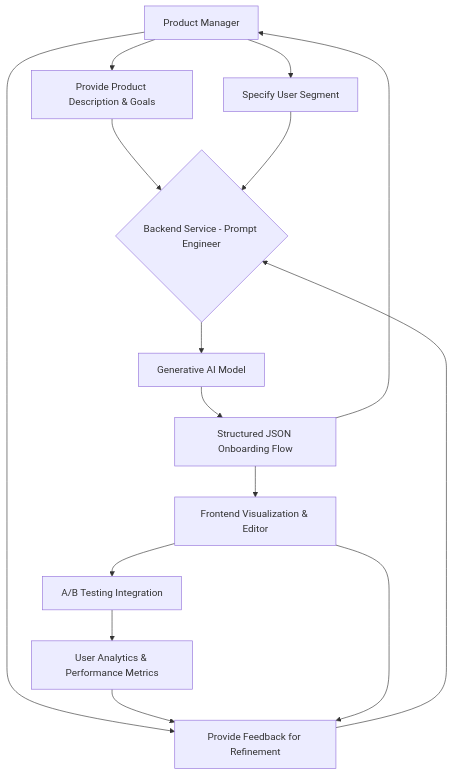
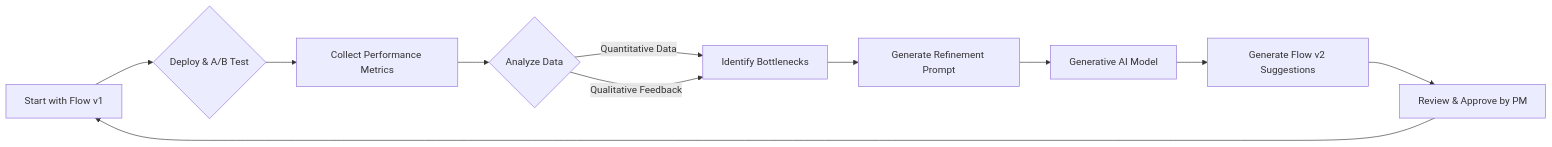
One commit to diplomat-bit/Citibank_Demo_Business_Inc_Demonstration- changed the second of 10 diagrams in inventions/029_generative_user_onboarding_flow.md. Above: the diagram before and after it, drawn with Mermaid. The commit also changed other lines of this file, not shown here.

Commit message:
[AI] Edit: inventions/029_generative_user_onboarding_flow.md

````diff
--- a/inventions/029_generative_user_onboarding_flow.md
+++ b/inventions/029_generative_user_onboarding_flow.md
@@ -44,17 +108,13 @@
 ```mermaid
-graph TD
-    A[Product Manager] --> B[Provide Product Description & Goals];
-    A --> E[Provide Feedback for Refinement];
-    A --> F[Specify User Segment];
-    B --> C{Backend Service - Prompt Engineer};
-    E --> C;
-    F --> C;
-    C --> D[Generative AI Model];
-    D --> G[Structured JSON Onboarding Flow];
-    G --> H[Frontend Visualization & Editor];
-    H --> I[A/B Testing Integration];
-    I --> J[User Analytics & Performance Metrics];
-    J --> E;
-    H --> E;
-    G --> A;
+graph LR
+    A[Start with Flow v1] --> B{Deploy & A/B Test};
+    B --> C[Collect Performance Metrics];
+    C --> D{Analyze Data};
+    D -- Quantitative Data --> E[Identify Bottlenecks];
+    D -- Qualitative Feedback --> E;
+    E --> F[Generate Refinement Prompt];
+    F --> G[Generative AI Model];
+    G --> H[Generate Flow v2 Suggestions];
+    H --> I[Review & Approve by PM];
+    I --> A;
 ```
````
